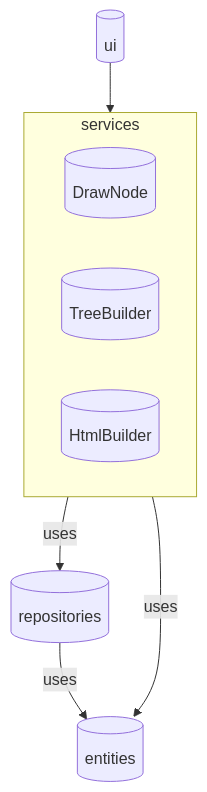
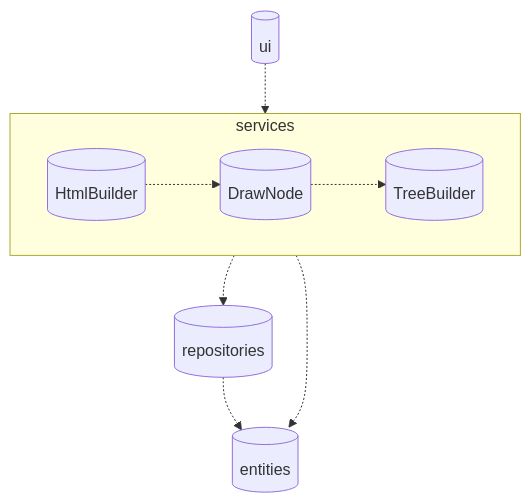
The diagram in dokumentaatio/arkkitehtuuri.md (gitelras/html-editori), drawn with Mermaid before and after one commit. The commit also changed other lines of this file, not shown here.

````diff
--- a/dokumentaatio/arkkitehtuuri.md
+++ b/dokumentaatio/arkkitehtuuri.md
@@ -5,17 +5,20 @@
 ```mermaid
 graph TD;
     subgraph services ["services"]
         DrawNode[("DrawNode")]
-        HtmlBuilder[("TreeBuilder")]
-        TreeBuilder[("HtmlBuilder")]
+        TreeBuilder[("TreeBuilder")]
+        HtmlBuilder[("HtmlBuilder")]
     end
 
     ui[("ui")]
     repositories[("repositories")]
     entities[("entities")]
 
-    ui --> services
-    services -->|uses| repositories
-    services -->|uses| entities
-    repositories -->|uses| entities
+    ui -.-> services
+    services -.-> repositories
+    services -.-> entities
+    repositories -.-> entities
+
+    DrawNode -.-> TreeBuilder
+    HtmlBuilder -.-> DrawNode
 ```
````
